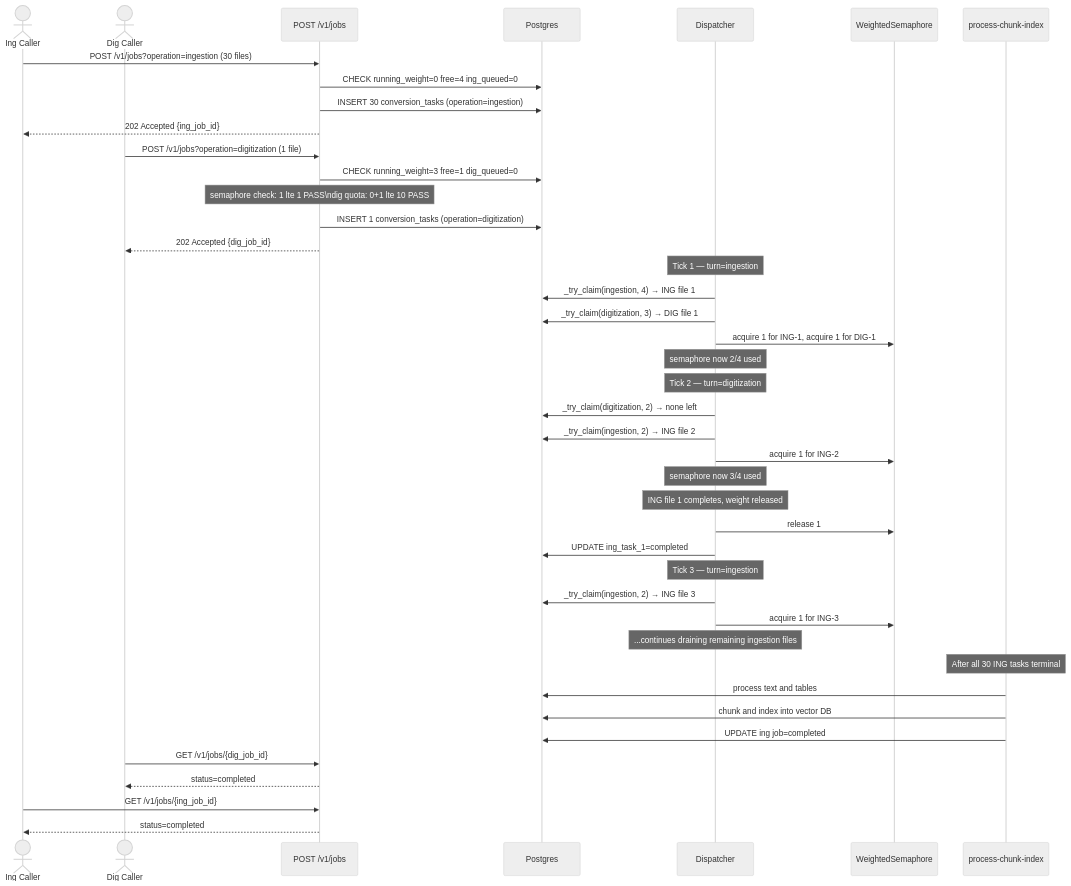
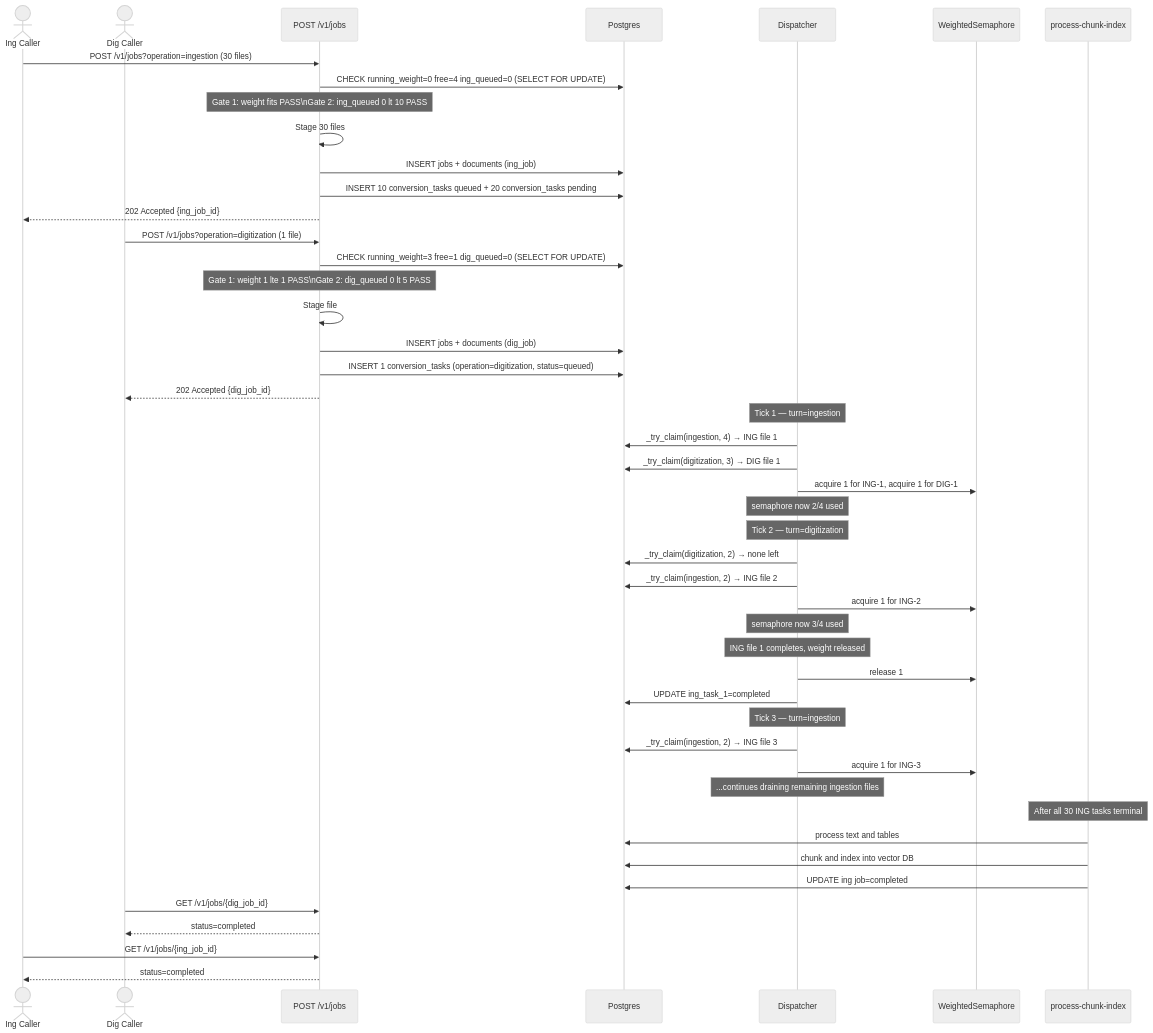
One commit to IBM/project-ai-services changed the third of 6 diagrams in docs/proposals/docling_conversion_queue.md. Above: the diagram before and after it, drawn with Mermaid (neutral theme). The commit also changed other lines of this file, not shown here.

````diff
--- a/docs/proposals/docling_conversion_queue.md
+++ b/docs/proposals/docling_conversion_queue.md
@@ -727,52 +841,57 @@
 ```mermaid
 sequenceDiagram
     actor CI as Ing Caller
     actor CD as Dig Caller
     participant API as POST /v1/jobs
     participant DB as Postgres
     participant D as Dispatcher
     participant S as WeightedSemaphore
     participant P as process-chunk-index
 
     CI->>API: POST /v1/jobs?operation=ingestion (30 files)
-    API->>DB: CHECK running_weight=0 free=4  ing_queued=0
-    API->>DB: INSERT 30 conversion_tasks (operation=ingestion)
+    API->>DB: CHECK running_weight=0 free=4  ing_queued=0 (SELECT FOR UPDATE)
+    Note over API: Gate 1: weight fits PASS\nGate 2: ing_queued 0 lt 10 PASS
+    API->>API: Stage 30 files
+    API->>DB: INSERT jobs + documents (ing_job)
+    API->>DB: INSERT 10 conversion_tasks queued + 20 conversion_tasks pending
     API-->>CI: 202 Accepted {ing_job_id}
 
     CD->>API: POST /v1/jobs?operation=digitization (1 file)
-    API->>DB: CHECK running_weight=3 free=1  dig_queued=0
-    Note over API: semaphore check: 1 lte 1 PASS\ndig quota: 0+1 lte 10 PASS
-    API->>DB: INSERT 1 conversion_tasks (operation=digitization)
+    API->>DB: CHECK running_weight=3 free=1  dig_queued=0 (SELECT FOR UPDATE)
+    Note over API: Gate 1: weight 1 lte 1 PASS\nGate 2: dig_queued 0 lt 5 PASS
+    API->>API: Stage file
+    API->>DB: INSERT jobs + documents (dig_job)
+    API->>DB: INSERT 1 conversion_tasks (operation=digitization, status=queued)
     API-->>CD: 202 Accepted {dig_job_id}
 
     Note over D: Tick 1 — turn=ingestion
     D->>DB: _try_claim(ingestion, 4) → ING file 1
     D->>DB: _try_claim(digitization, 3) → DIG file 1
     D->>S: acquire 1 for ING-1, acquire 1 for DIG-1
     Note over D: semaphore now 2/4 used
 
     Note over D: Tick 2 — turn=digitization
     D->>DB: _try_claim(digitization, 2) → none left
     D->>DB: _try_claim(ingestion, 2) → ING file 2
     D->>S: acquire 1 for ING-2
     Note over D: semaphore now 3/4 used
 
     Note over D: ING file 1 completes, weight released
     D->>S: release 1
     D->>DB: UPDATE ing_task_1=completed
 
     Note over D: Tick 3 — turn=ingestion
     D->>DB: _try_claim(ingestion, 2) → ING file 3
     D->>S: acquire 1 for ING-3
     Note over D: ...continues draining remaining ingestion files
 
     Note over P: After all 30 ING tasks terminal
     P->>DB: process text and tables
     P->>DB: chunk and index into vector DB
     P->>DB: UPDATE ing job=completed
 
     CD->>API: GET /v1/jobs/{dig_job_id}
     API-->>CD: status=completed
     CI->>API: GET /v1/jobs/{ing_job_id}
     API-->>CI: status=completed
 ```
````
